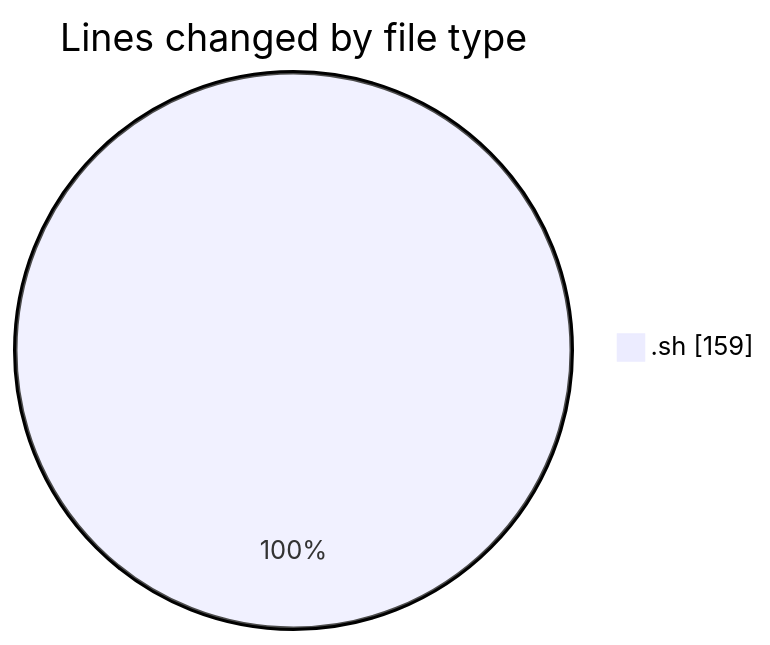
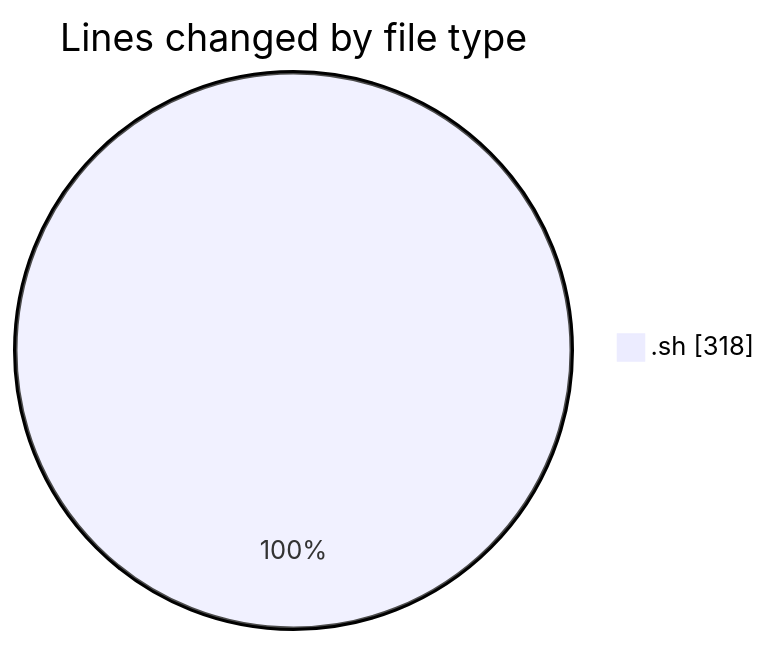
The first of 2 diagrams in 2026-07-14/scripts/README.md (ricardozamudiocil/code-tracking), drawn with Mermaid before and after one commit. The commit also changed other lines of this file and 1 other file, not shown here.

````diff
--- a/2026-07-14/scripts/README.md
+++ b/2026-07-14/scripts/README.md
@@ -20,5 +21,5 @@
 ```mermaid
 pie showData
 title Lines changed by file type
-".sh" : 159
+".sh" : 318
 ```
````
